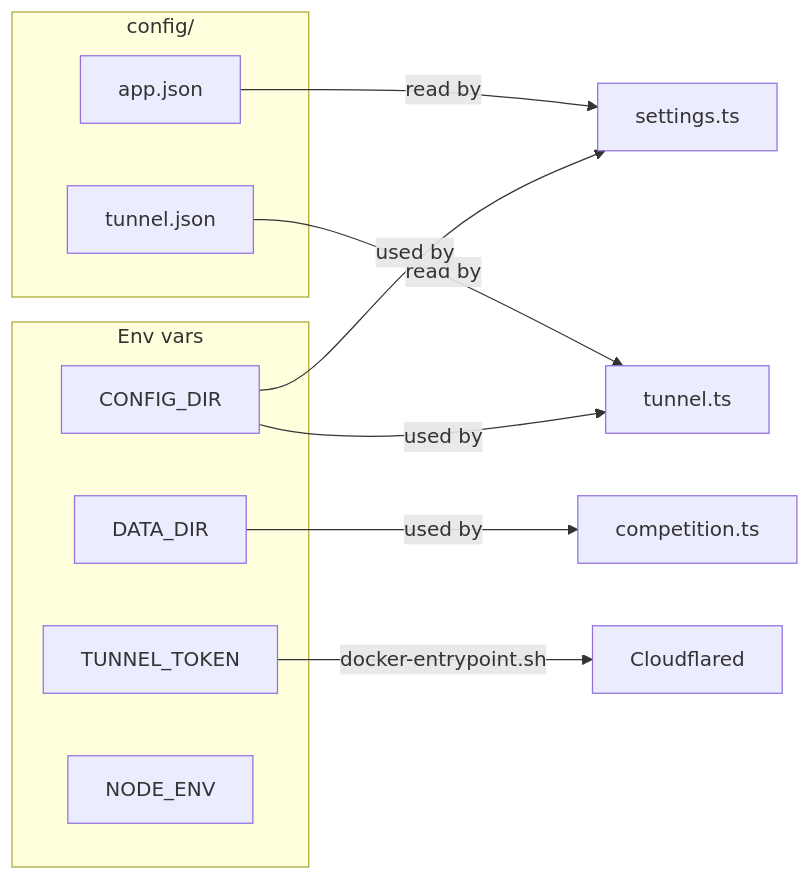
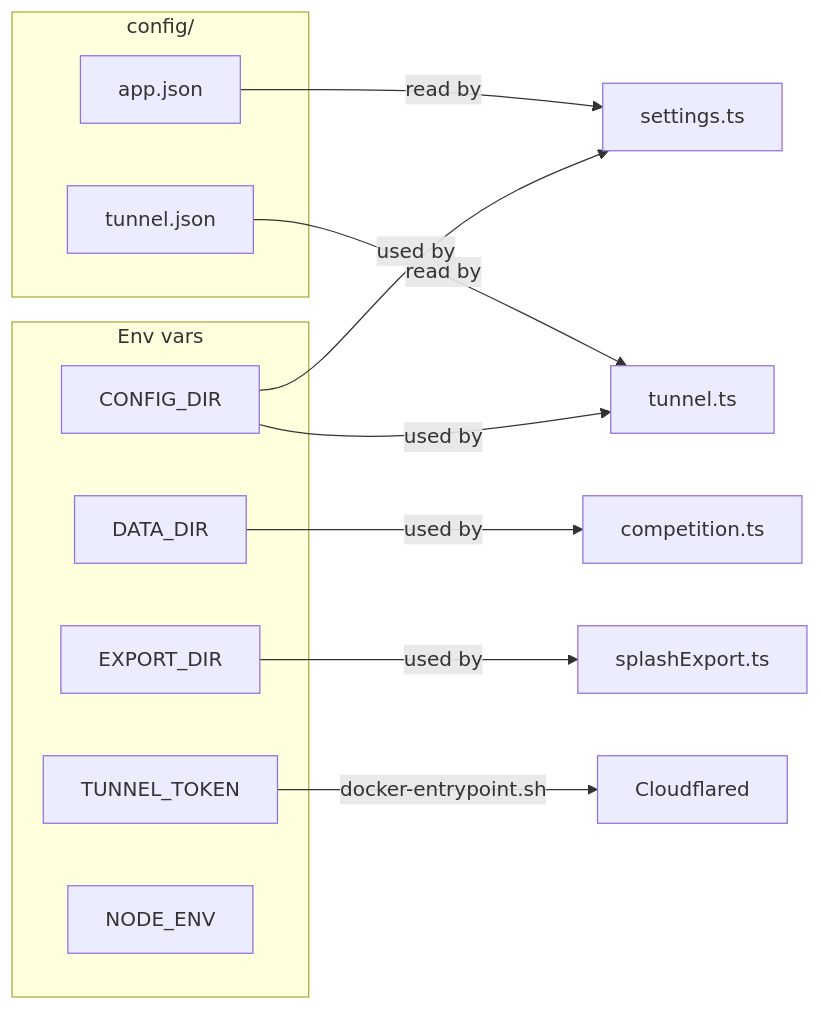
The sixth of 6 diagrams in docs/architecture.md (spelbreker/ws-swim-stopwatch), drawn with Mermaid before and after one commit. The commit also changed other lines of this file and 27 other files, not shown here.

First line of the commit message:
feat(export): write Splash Meet Manager heat files from accepted splits

````diff
--- a/docs/architecture.md
+++ b/docs/architecture.md
@@ -301,21 +305,23 @@
 ```mermaid
 graph LR
     subgraph config/
         App[app.json]
         Tunnel[tunnel.json]
     end
 
     subgraph Env vars
         DATA[DATA_DIR]
         CFG[CONFIG_DIR]
+        EXP[EXPORT_DIR]
         TUNNEL_TOK[TUNNEL_TOKEN]
         NODE_ENV[NODE_ENV]
     end
 
     App -->|read by| SettingsMod[settings.ts]
     Tunnel -->|read by| TunnelMod[tunnel.ts]
     DATA -->|used by| CompetitionMod[competition.ts]
     CFG -->|used by| SettingsMod
     CFG -->|used by| TunnelMod
+    EXP -->|used by| SplashMod[splashExport.ts]
     TUNNEL_TOK -->|docker-entrypoint.sh| Cloudflared
 ```
````
